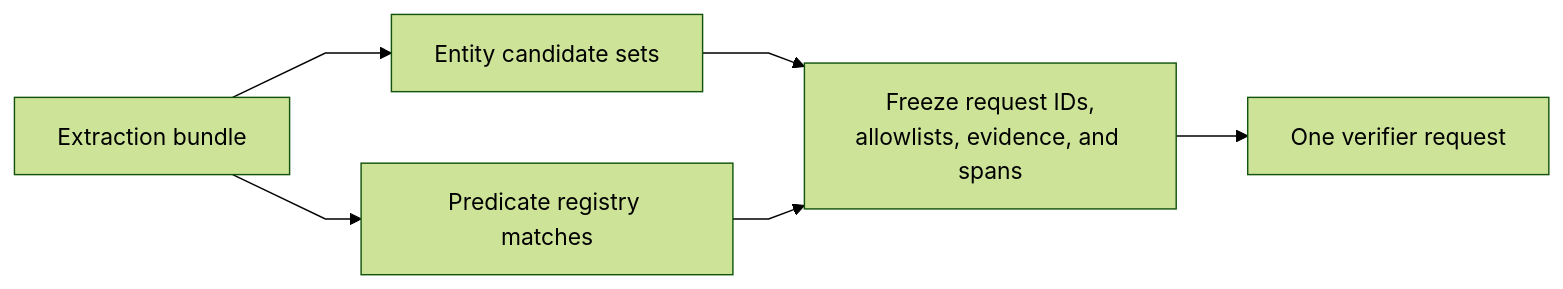
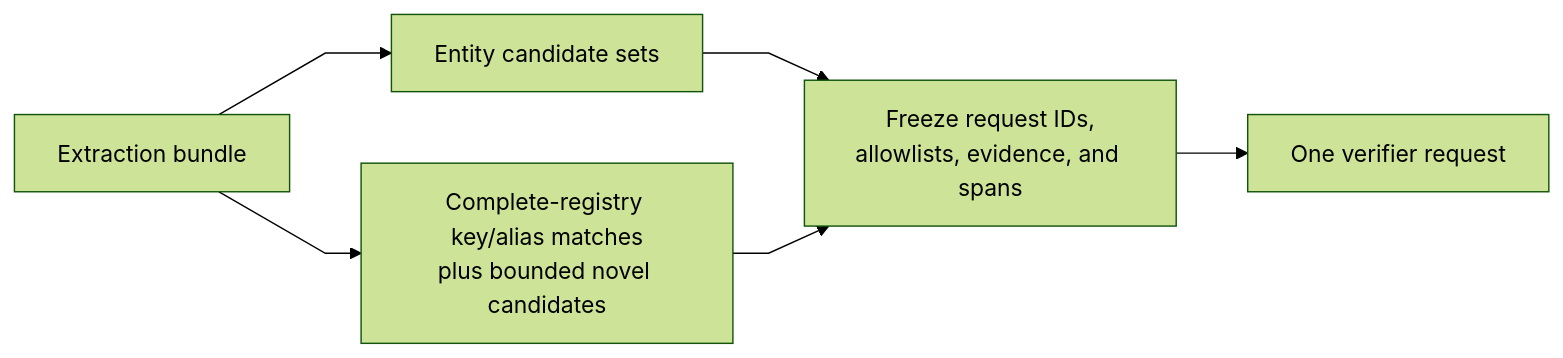
The eighth of 14 diagrams in Write-Pipeline.md (markhuangai/dense-mem), drawn with Mermaid (forest theme) before and after one commit. The commit also changed other lines of this file and 23 other files, not shown here.

````diff
--- a/Write-Pipeline.md
+++ b/Write-Pipeline.md
@@ -364,9 +368,9 @@
 ```mermaid
 %%{init: {"flowchart": {"curve": "linear"}}}%%
 flowchart LR
   Extraction["Extraction bundle"] --> Entity["Entity candidate sets"]
-  Extraction --> Predicate["Predicate registry matches"]
+  Extraction --> Predicate["Complete-registry key/alias matches<br/>plus bounded novel candidates"]
   Entity --> Freeze["Freeze request IDs,<br/>allowlists, evidence, and spans"]
   Predicate --> Freeze
   Freeze --> Verifier["One verifier request"]
 ```
````
